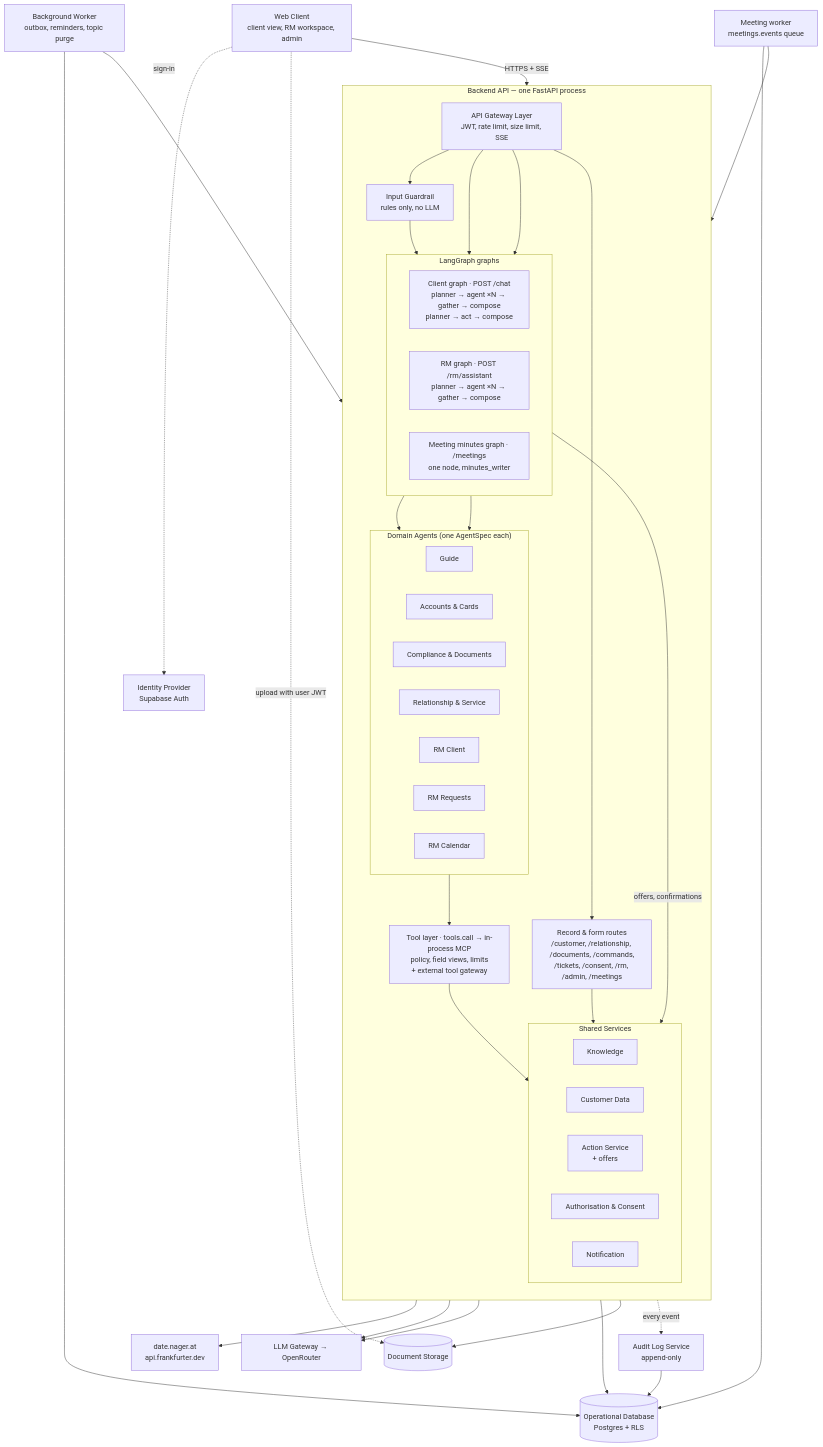
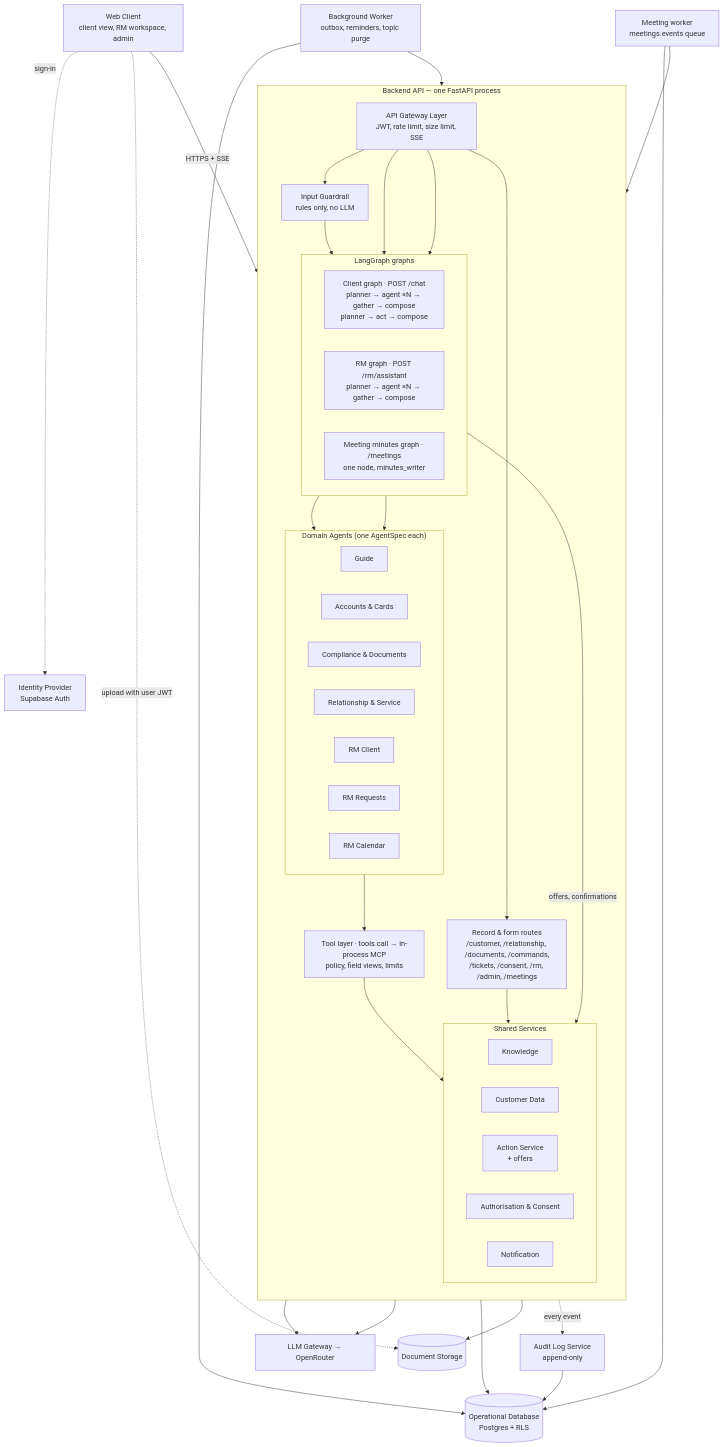
One commit to deniseLie/IS4000_Group7 changed the first of 4 diagrams in docs/architecture.md. Above: the diagram before and after it, drawn with Mermaid. The commit also changed other lines of this file and 4 other files, not shown here.

First line of the commit message:
Docs: no external tools; trip due dates shift for weekends only

````diff
--- a/docs/architecture.md
+++ b/docs/architecture.md
@@ -60,67 +60,65 @@
 ```mermaid
 flowchart TB
   WEB["Web Client<br/>client view, RM workspace, admin"]
   IDP["Identity Provider<br/>Supabase Auth"]
   WORKER["Background Worker<br/>outbox, reminders, topic purge"]
   MWORKER["Meeting worker<br/>meetings.events queue"]
 
   subgraph API["Backend API — one FastAPI process"]
     direction TB
     GW["API Gateway Layer<br/>JWT, rate limit, size limit, SSE"]
     IG["Input Guardrail<br/>rules only, no LLM"]
     subgraph GRAPHS["LangGraph graphs"]
       direction LR
       CG["Client graph · POST /chat<br/>planner → agent ×N → gather → compose<br/>planner → act → compose"]
       RG["RM graph · POST /rm/assistant<br/>planner → agent ×N → gather → compose"]
       MG["Meeting minutes graph · /meetings<br/>one node, minutes_writer"]
     end
     subgraph AGENTS["Domain Agents (one AgentSpec each)"]
       direction LR
       A1["Guide"]
       A2["Accounts & Cards"]
       A3["Compliance & Documents"]
       A4["Relationship & Service"]
       R1["RM Client"]
       R2["RM Requests"]
       R3["RM Calendar"]
     end
-    TOOLS["Tool layer · tools.call → in-process MCP<br/>policy, field views, limits<br/>+ external tool gateway"]
+    TOOLS["Tool layer · tools.call → in-process MCP<br/>policy, field views, limits"]
     subgraph SVC["Shared Services"]
       direction LR
       S1["Knowledge"]
       S2["Customer Data"]
       S3["Action Service<br/>+ offers"]
       S4["Authorisation & Consent"]
       S5["Notification"]
     end
     REST["Record & form routes<br/>/customer, /relationship, /documents, /commands,<br/>/tickets, /consent, /rm, /admin, /meetings"]
   end
 
   LLM["LLM Gateway → OpenRouter"]
-  EXT["date.nager.at<br/>api.frankfurter.dev"]
   AUDIT["Audit Log Service<br/>append-only"]
   DB[("Operational Database<br/>Postgres + RLS")]
   STORE[("Document Storage")]
 
   WEB -->|HTTPS + SSE| GW
   WEB -.->|sign-in| IDP
   WEB -.->|upload with user JWT| STORE
   GW --> IG --> CG
   GW --> RG
   GW --> MG
   CG --> AGENTS
   RG --> AGENTS
   AGENTS --> TOOLS --> SVC
-  TOOLS --> EXT
   CG -->|offers, confirmations| S3
   GRAPHS --> LLM
   AGENTS --> LLM
   GW --> REST --> SVC
   SVC --> DB
   SVC --> STORE
   WORKER --> DB
   WORKER --> S5
   MWORKER --> MG
   MWORKER --> DB
   API -.->|every event| AUDIT --> DB
 ```
````
